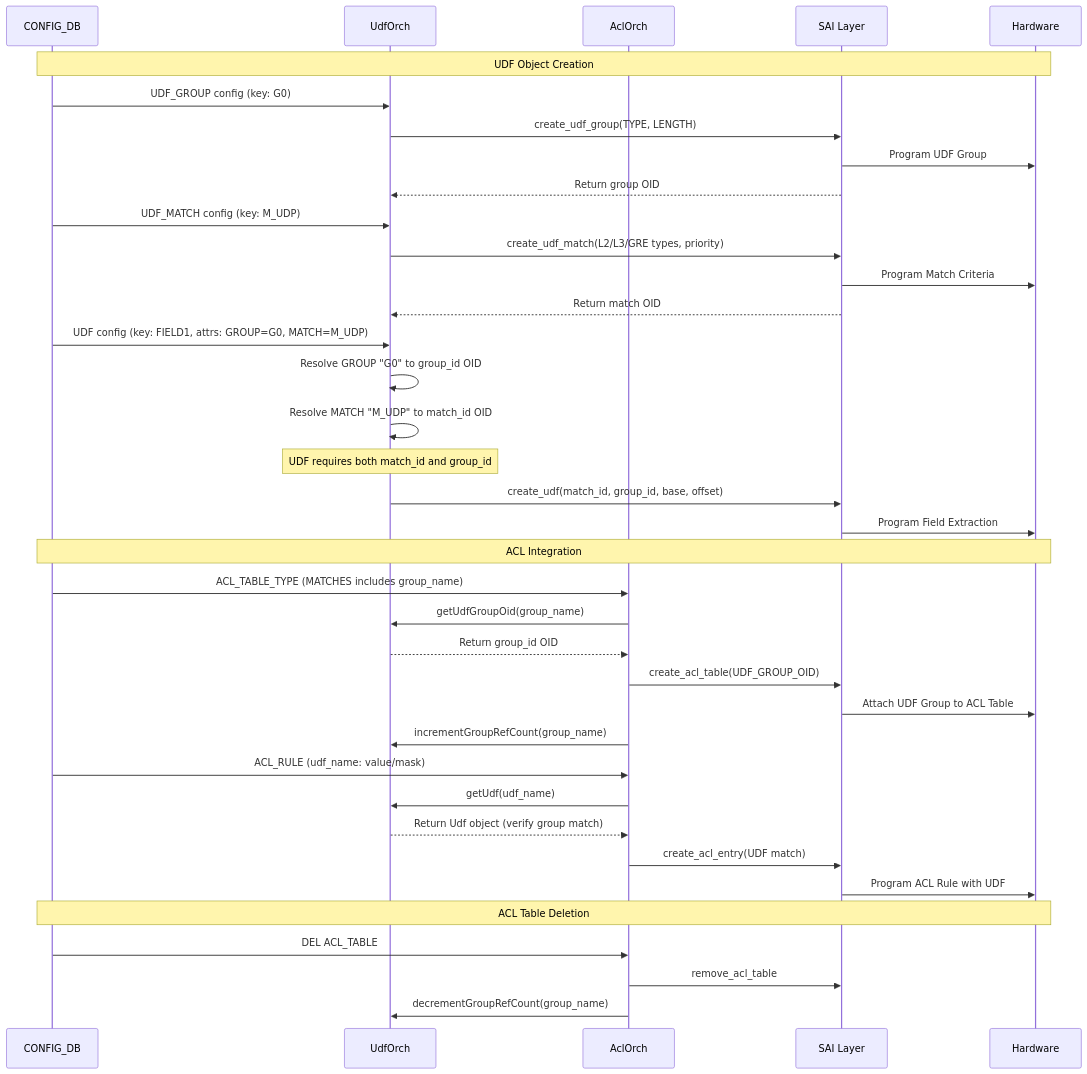
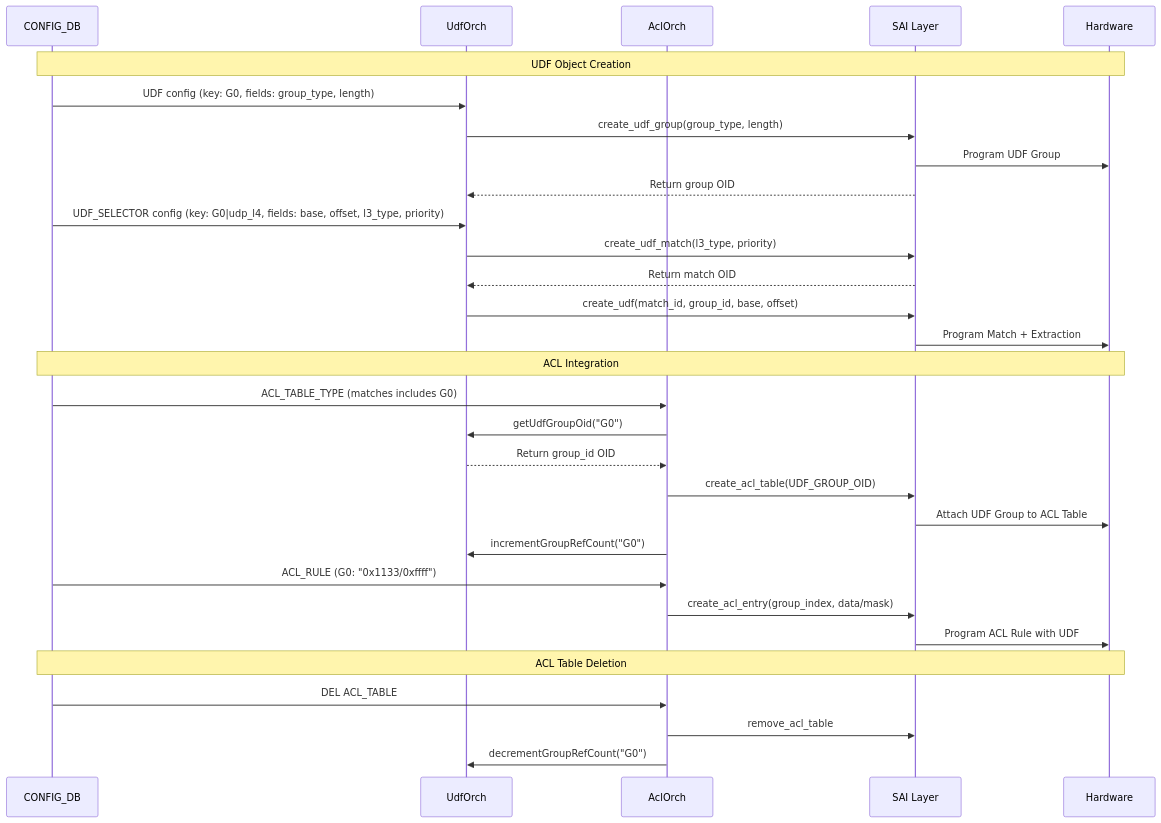
One commit to sonic-net/SONiC changed the third of 3 diagrams in doc/udf/UDF_HLD.md. Above: the diagram before and after it, drawn with Mermaid. The commit also changed other lines of this file, not shown here.

Commit message:
Changes with new schema

````diff
--- a/doc/udf/UDF_HLD.md
+++ b/doc/udf/UDF_HLD.md
@@ -562,45 +520,37 @@
 ```mermaid
 sequenceDiagram
     participant Config as CONFIG_DB
     participant UdfOrch as UdfOrch
     participant AclOrch as AclOrch
     participant SAI as SAI Layer
     participant ASIC as Hardware
 
     Note over Config,ASIC: UDF Object Creation
-    Config->>UdfOrch: UDF_GROUP config (key: G0)
-    UdfOrch->>SAI: create_udf_group(TYPE, LENGTH)
+    Config->>UdfOrch: UDF config (key: G0, fields: group_type, length)
+    UdfOrch->>SAI: create_udf_group(group_type, length)
     SAI->>ASIC: Program UDF Group
     SAI-->>UdfOrch: Return group OID
 
-    Config->>UdfOrch: UDF_MATCH config (key: M_UDP)
-    UdfOrch->>SAI: create_udf_match(L2/L3/GRE types, priority)
-    SAI->>ASIC: Program Match Criteria
+    Config->>UdfOrch: UDF_SELECTOR config (key: G0|udp_l4, fields: base, offset, l3_type, priority)
+    UdfOrch->>SAI: create_udf_match(l3_type, priority)
     SAI-->>UdfOrch: Return match OID
-
-    Config->>UdfOrch: UDF config (key: FIELD1, attrs: GROUP=G0, MATCH=M_UDP)
-    UdfOrch->>UdfOrch: Resolve GROUP "G0" to group_id OID
-    UdfOrch->>UdfOrch: Resolve MATCH "M_UDP" to match_id OID
-    Note over UdfOrch: UDF requires both match_id and group_id
     UdfOrch->>SAI: create_udf(match_id, group_id, base, offset)
-    SAI->>ASIC: Program Field Extraction
+    SAI->>ASIC: Program Match + Extraction
 
     Note over Config,ASIC: ACL Integration
-    Config->>AclOrch: ACL_TABLE_TYPE (MATCHES includes group_name)
-    AclOrch->>UdfOrch: getUdfGroupOid(group_name)
+    Config->>AclOrch: ACL_TABLE_TYPE (matches includes G0)
+    AclOrch->>UdfOrch: getUdfGroupOid("G0")
     UdfOrch-->>AclOrch: Return group_id OID
     AclOrch->>SAI: create_acl_table(UDF_GROUP_OID)
     SAI->>ASIC: Attach UDF Group to ACL Table
-    AclOrch->>UdfOrch: incrementGroupRefCount(group_name)
+    AclOrch->>UdfOrch: incrementGroupRefCount("G0")
 
-    Config->>AclOrch: ACL_RULE (udf_name: value/mask)
-    AclOrch->>UdfOrch: getUdf(udf_name)
-    UdfOrch-->>AclOrch: Return Udf object (verify group match)
-    AclOrch->>SAI: create_acl_entry(UDF match)
+    Config->>AclOrch: ACL_RULE (G0: "0x1133/0xffff")
+    AclOrch->>SAI: create_acl_entry(group_index, data/mask)
     SAI->>ASIC: Program ACL Rule with UDF
 
     Note over Config,ASIC: ACL Table Deletion
     Config->>AclOrch: DEL ACL_TABLE
     AclOrch->>SAI: remove_acl_table
-    AclOrch->>UdfOrch: decrementGroupRefCount(group_name)
+    AclOrch->>UdfOrch: decrementGroupRefCount("G0")
 ```
````
